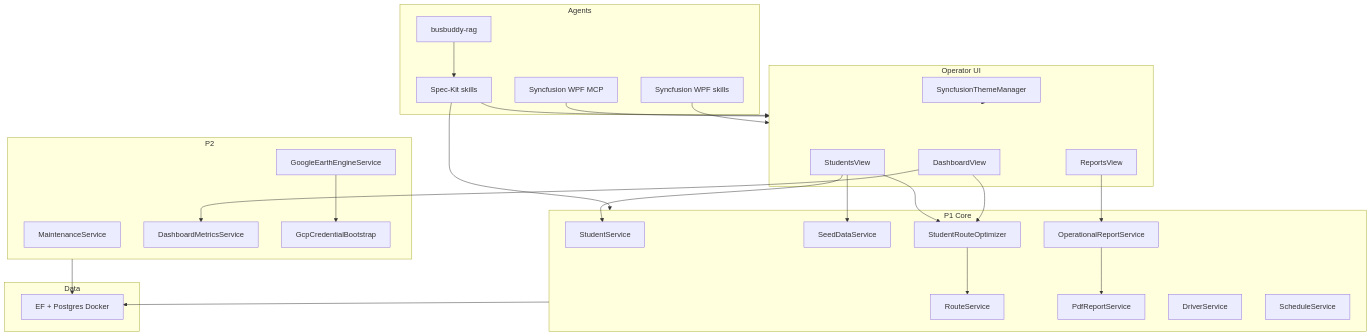
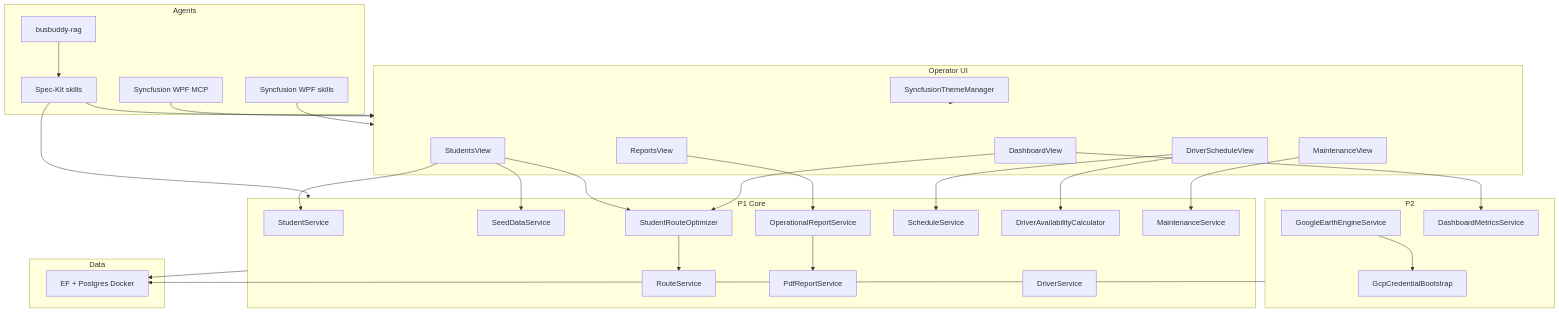
The diagram in docs/function-tree.md (Bigessfour/BusBuddy-3), drawn with Mermaid before and after one commit. The commit also changed 82 other files, not shown here.

````diff
--- a/docs/function-tree.md
+++ b/docs/function-tree.md
@@ -5,51 +5,57 @@
 ```mermaid
 flowchart TB
   subgraph agents [Agents]
     SpecKit[Spec-Kit skills]
     RAG[busbuddy-rag]
     SfMCP[Syncfusion WPF MCP]
     SfSkills[Syncfusion WPF skills]
   end
   subgraph ui [Operator UI]
     Students[StudentsView]
     Reports[ReportsView]
     Dashboard[DashboardView]
+    MaintView[MaintenanceView]
+    SchedView[DriverScheduleView]
     Theme[SyncfusionThemeManager]
   end
   subgraph core [P1 Core]
     StudentSvc[StudentService]
     Seed[SeedDataService]
     RouteSvc[RouteService]
     Opt[StudentRouteOptimizer]
     ReportsSvc[OperationalReportService]
     Pdf[PdfReportService]
     DriverSvc[DriverService]
     Sched[ScheduleService]
+    Avail[DriverAvailabilityCalculator]
+    Maint[MaintenanceService]
   end
   subgraph p2 [P2]
-    Maint[MaintenanceService]
     GEE[GoogleEarthEngineService]
     Metrics[DashboardMetricsService]
     Gcp[GcpCredentialBootstrap]
   end
   subgraph data [Data]
     EF[EF + Postgres Docker]
   end
   SpecKit --> core
   SpecKit --> ui
   RAG --> SpecKit
   SfMCP --> ui
   SfSkills --> ui
   Students --> StudentSvc
   Students --> Seed
   Students --> Opt
   Reports --> ReportsSvc
   ReportsSvc --> Pdf
   Dashboard --> Metrics
   Dashboard --> Opt
+  MaintView --> Maint
+  SchedView --> Sched
+  SchedView --> Avail
   Opt --> RouteSvc
   Theme --> ui
   core --> EF
   p2 --> EF
   GEE --> Gcp
 ```
````
